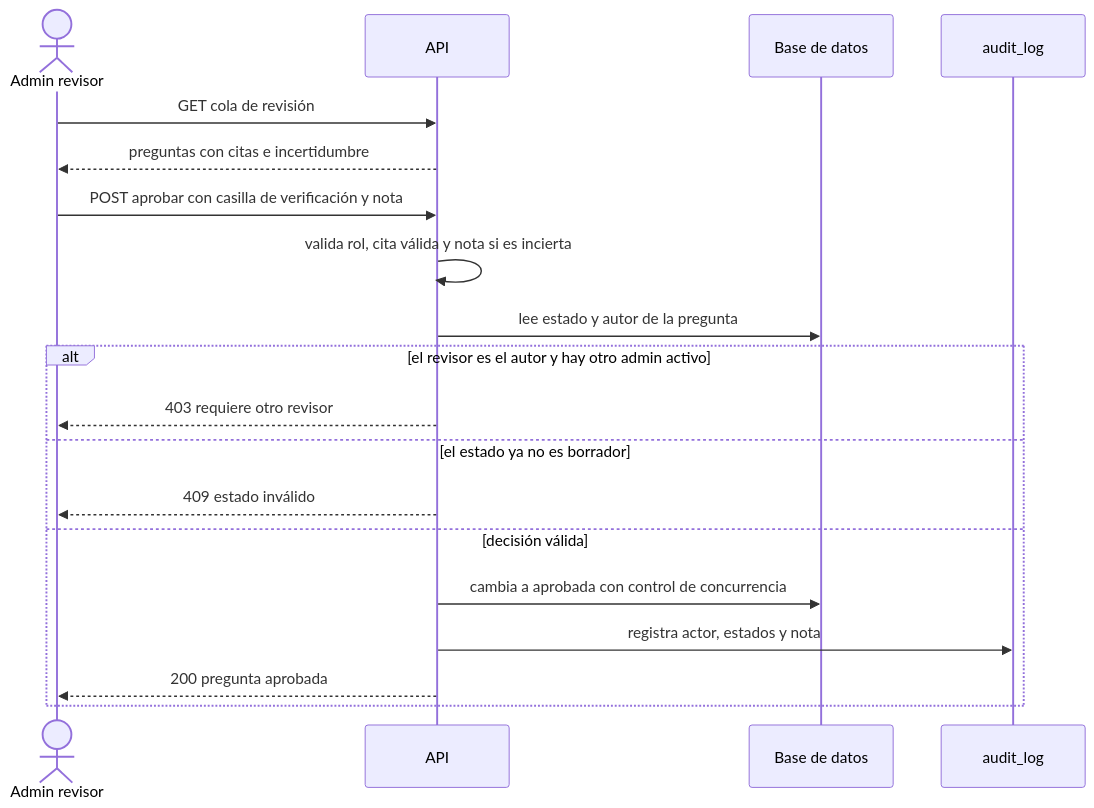
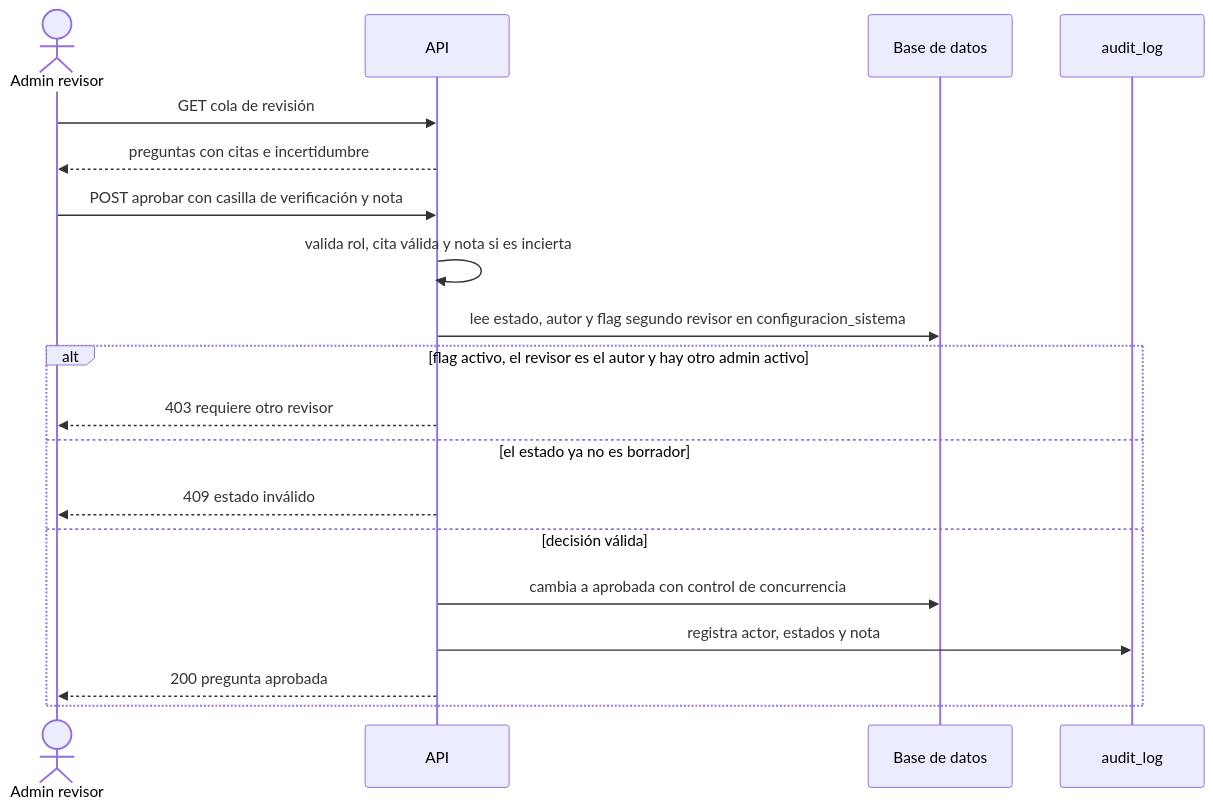
The diagram in docs/stories/serums-ia/E6-05-cola-aprobacion-preguntas.md (bacsystem/learning), drawn with Mermaid before and after one commit. The commit also changed other lines of this file and 33 other files, not shown here.

````diff
--- a/docs/stories/serums-ia/E6-05-cola-aprobacion-preguntas.md
+++ b/docs/stories/serums-ia/E6-05-cola-aprobacion-preguntas.md
@@ -29,21 +31,21 @@
 ```mermaid
 sequenceDiagram
   actor A as Admin revisor
   participant API as API
   participant DB as Base de datos
   participant L as audit_log
   A->>API: GET cola de revisión
   API-->>A: preguntas con citas e incertidumbre
   A->>API: POST aprobar con casilla de verificación y nota
   API->>API: valida rol, cita válida y nota si es incierta
-  API->>DB: lee estado y autor de la pregunta
-  alt el revisor es el autor y hay otro admin activo
+  API->>DB: lee estado, autor y flag segundo revisor en configuracion_sistema
+  alt flag activo, el revisor es el autor y hay otro admin activo
     API-->>A: 403 requiere otro revisor
   else el estado ya no es borrador
     API-->>A: 409 estado inválido
   else decisión válida
     API->>DB: cambia a aprobada con control de concurrencia
     API->>L: registra actor, estados y nota
     API-->>A: 200 pregunta aprobada
   end
 ```
````
